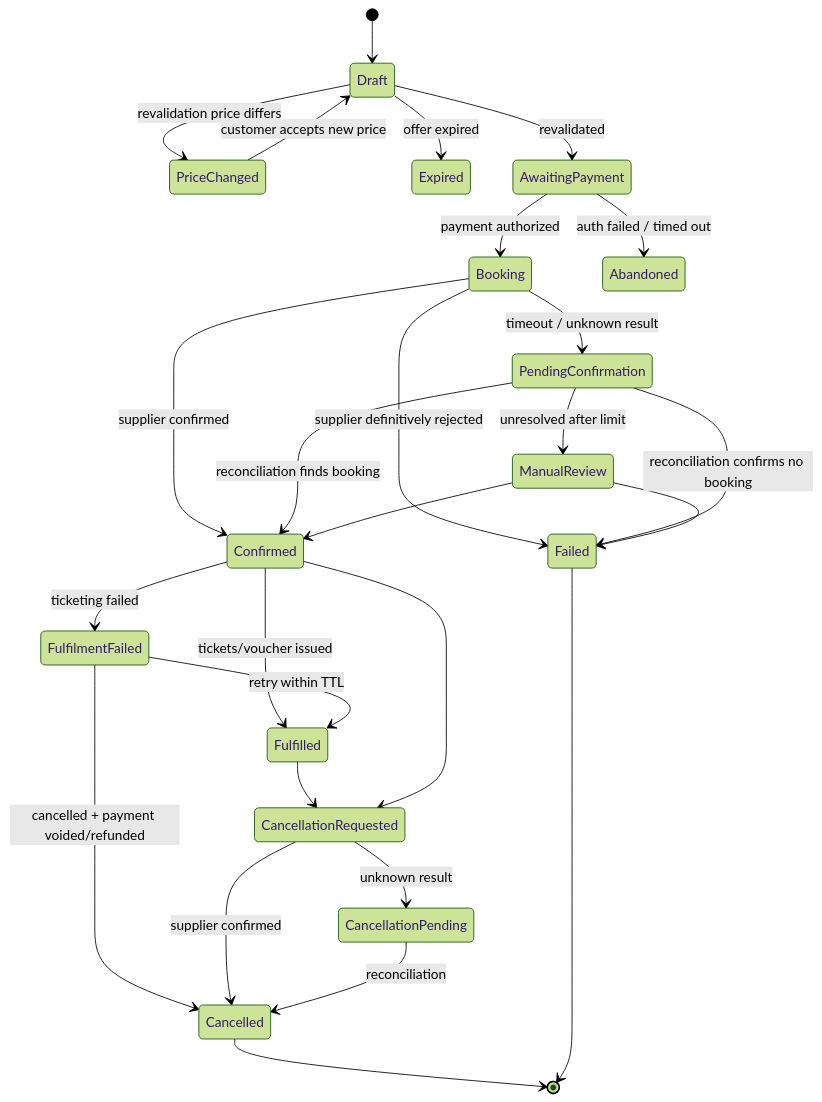
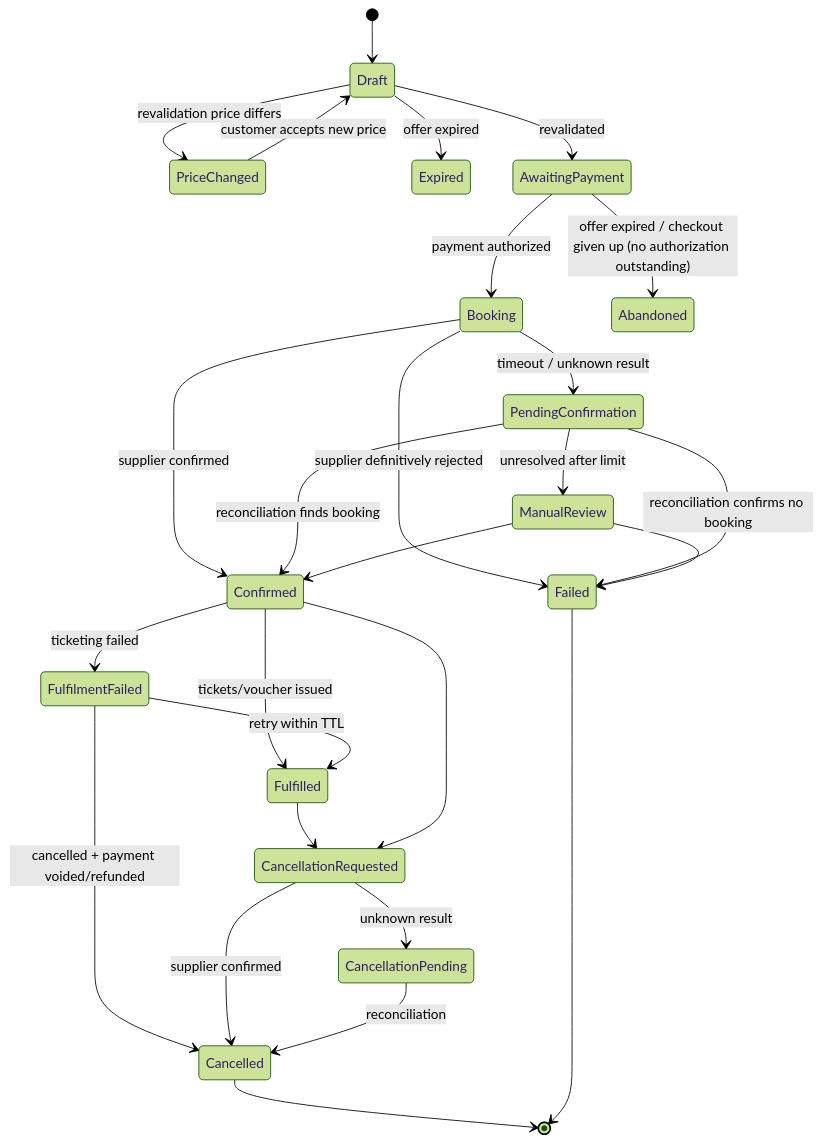
The second of 2 diagrams in docs/architecture/booking-lifecycle.md (GitzzGitesh/travel-booking-platform), drawn with Mermaid (forest theme) before and after one commit. The commit also changed other lines of this file and 35 other files, not shown here.

````diff
--- a/docs/architecture/booking-lifecycle.md
+++ b/docs/architecture/booking-lifecycle.md
@@ -33,29 +33,29 @@
 ```mermaid
 stateDiagram-v2
   [*] --> Draft
   Draft --> PriceChanged: revalidation price differs
   PriceChanged --> Draft: customer accepts new price
   Draft --> Expired: offer expired
   Draft --> AwaitingPayment: revalidated
   AwaitingPayment --> Booking: payment authorized
-  AwaitingPayment --> Abandoned: auth failed / timed out
+  AwaitingPayment --> Abandoned: offer expired / checkout given up (no authorization outstanding)
   Booking --> Confirmed: supplier confirmed
   Booking --> Failed: supplier definitively rejected
   Booking --> PendingConfirmation: timeout / unknown result
   PendingConfirmation --> Confirmed: reconciliation finds booking
   PendingConfirmation --> Failed: reconciliation confirms no booking
   PendingConfirmation --> ManualReview: unresolved after limit
   ManualReview --> Confirmed
   ManualReview --> Failed
   Confirmed --> Fulfilled: tickets/voucher issued
   Confirmed --> FulfilmentFailed: ticketing failed
   FulfilmentFailed --> Fulfilled: retry within TTL
   FulfilmentFailed --> Cancelled: cancelled + payment voided/refunded
   Fulfilled --> CancellationRequested
   Confirmed --> CancellationRequested
   CancellationRequested --> Cancelled: supplier confirmed
   CancellationRequested --> CancellationPending: unknown result
   CancellationPending --> Cancelled: reconciliation
   Cancelled --> [*]
   Failed --> [*]
 ```
````
